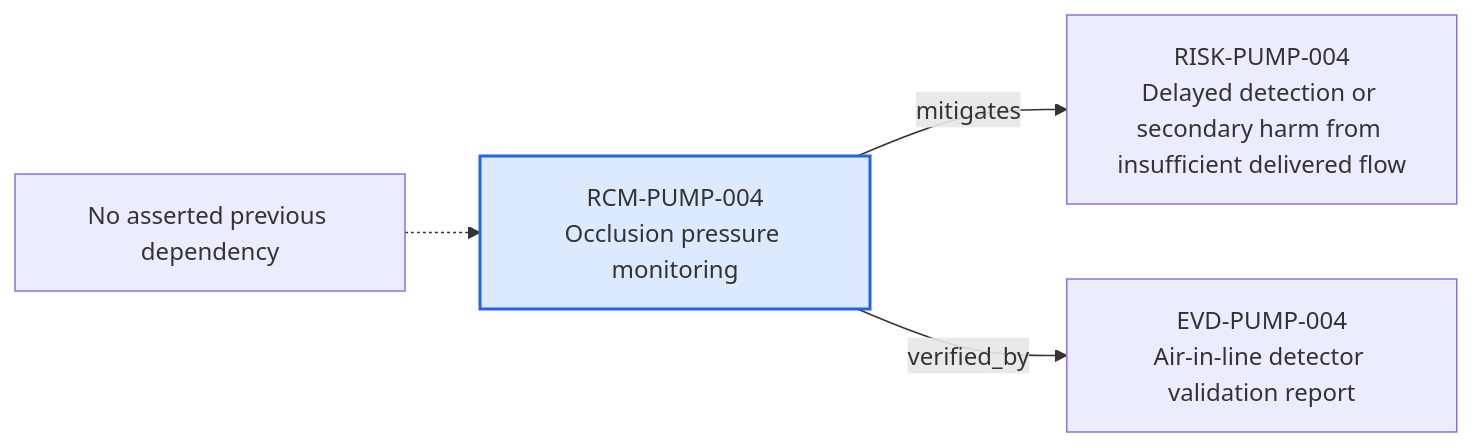
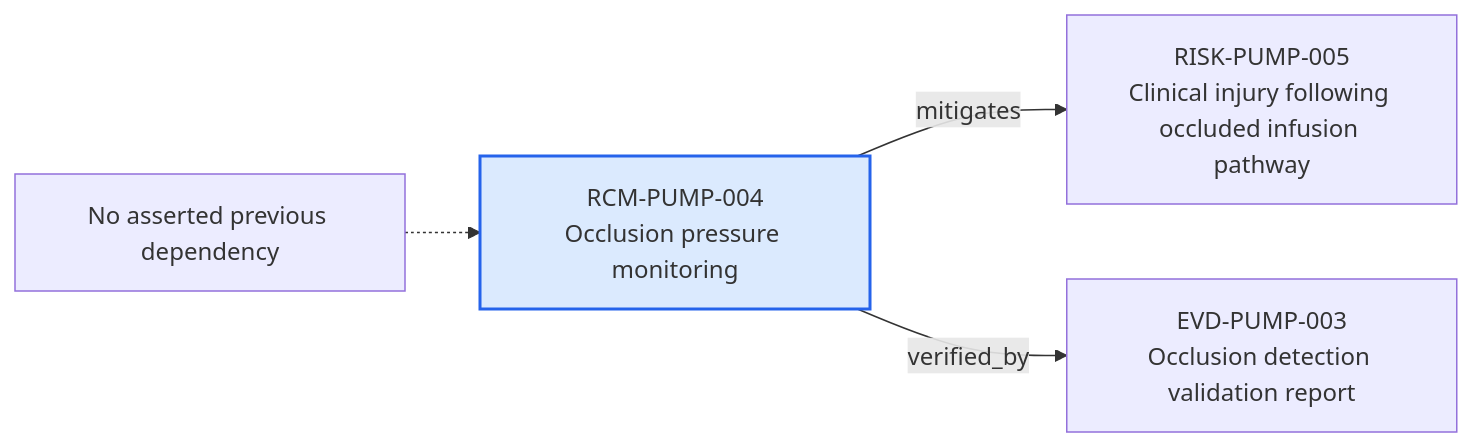
The diagram in content/06-Infpump FlowGuard ontology notes/risk-control-measure/RCM-PUMP-004-occlusion-pressure-monitoring.md (mvattulainen/mdrontology), drawn with Mermaid before and after one commit. The commit also changed other lines of this file and 321 other files, not shown here.

Commit message:
Implement Mermaid ontology audit findings

````diff
--- a/content/06-Infpump FlowGuard ontology notes/risk-control-measure/RCM-PUMP-004-occlusion-pressure-monitoring.md
+++ b/content/06-Infpump FlowGuard ontology notes/risk-control-measure/RCM-PUMP-004-occlusion-pressure-monitoring.md
@@ -75,12 +77,12 @@
 ```mermaid
 flowchart LR
   CURRENT["RCM-PUMP-004<br/>Occlusion pressure monitoring"]
   PREV_NONE["No asserted previous dependency"]
   PREV_NONE -.-> CURRENT
-  NEXT0["RISK-PUMP-004<br/>Delayed detection or secondary harm from insufficient delivered flow"]
+  NEXT0["RISK-PUMP-005<br/>Clinical injury following occluded infusion pathway"]
   CURRENT -->|"mitigates"| NEXT0
-  NEXT1["EVD-PUMP-004<br/>Air-in-line detector validation report"]
+  NEXT1["EVD-PUMP-003<br/>Occlusion detection validation report"]
   CURRENT -->|"verified_by"| NEXT1
   classDef current fill:#dbeafe,stroke:#2563eb,stroke-width:2px
   class CURRENT current
 ```
````
